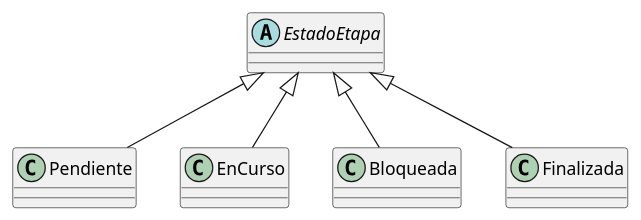
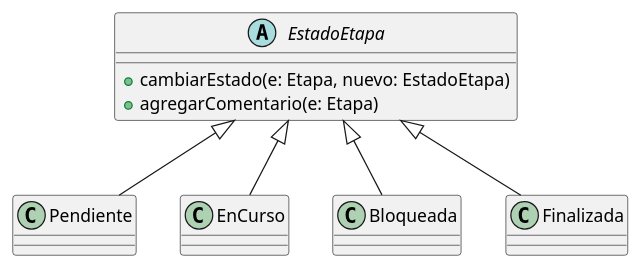
The diagram in anexos/fundamentos-doo-mesa-630301-matricula-155984/doo-herencia.md (dantebiondi666-prog/SistemaProductoraVideos), drawn with PlantUML before and after one commit. The commit also changed other lines of this file and 3 other files, not shown here.

````diff
--- a/anexos/fundamentos-doo-mesa-630301-matricula-155984/doo-herencia.md
+++ b/anexos/fundamentos-doo-mesa-630301-matricula-155984/doo-herencia.md
@@ -15,24 +15,20 @@
 ```plantuml
 @startuml
 
-abstract class EstadoEtapa
+abstract class EstadoEtapa {
+  + cambiarEstado(e: Etapa, nuevo: EstadoEtapa)
+  + agregarComentario(e: Etapa)
+}
+
 class Pendiente
 class EnCurso
 class Bloqueada
 class Finalizada
 
 EstadoEtapa <|-- Pendiente
 EstadoEtapa <|-- EnCurso
 EstadoEtapa <|-- Bloqueada
 EstadoEtapa <|-- Finalizada
 
 @enduml
-
-```md
-## Ejemplo de código (pseudocódigo)
-
-```text
-estado : EstadoEtapa
-estado = new Pendiente()
-estado.cambiarEstado(etapa, new EnCurso())
 ```
````
